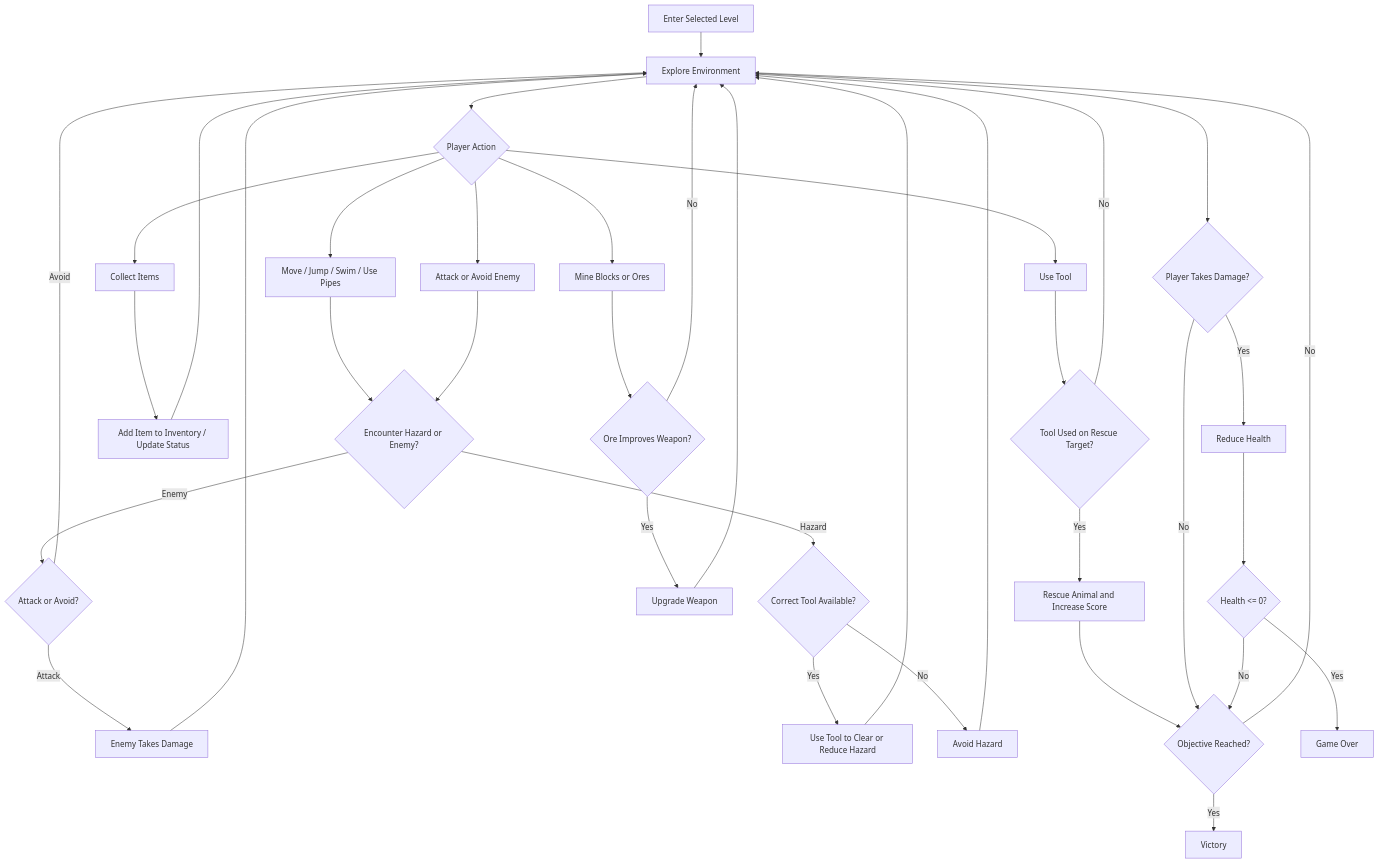
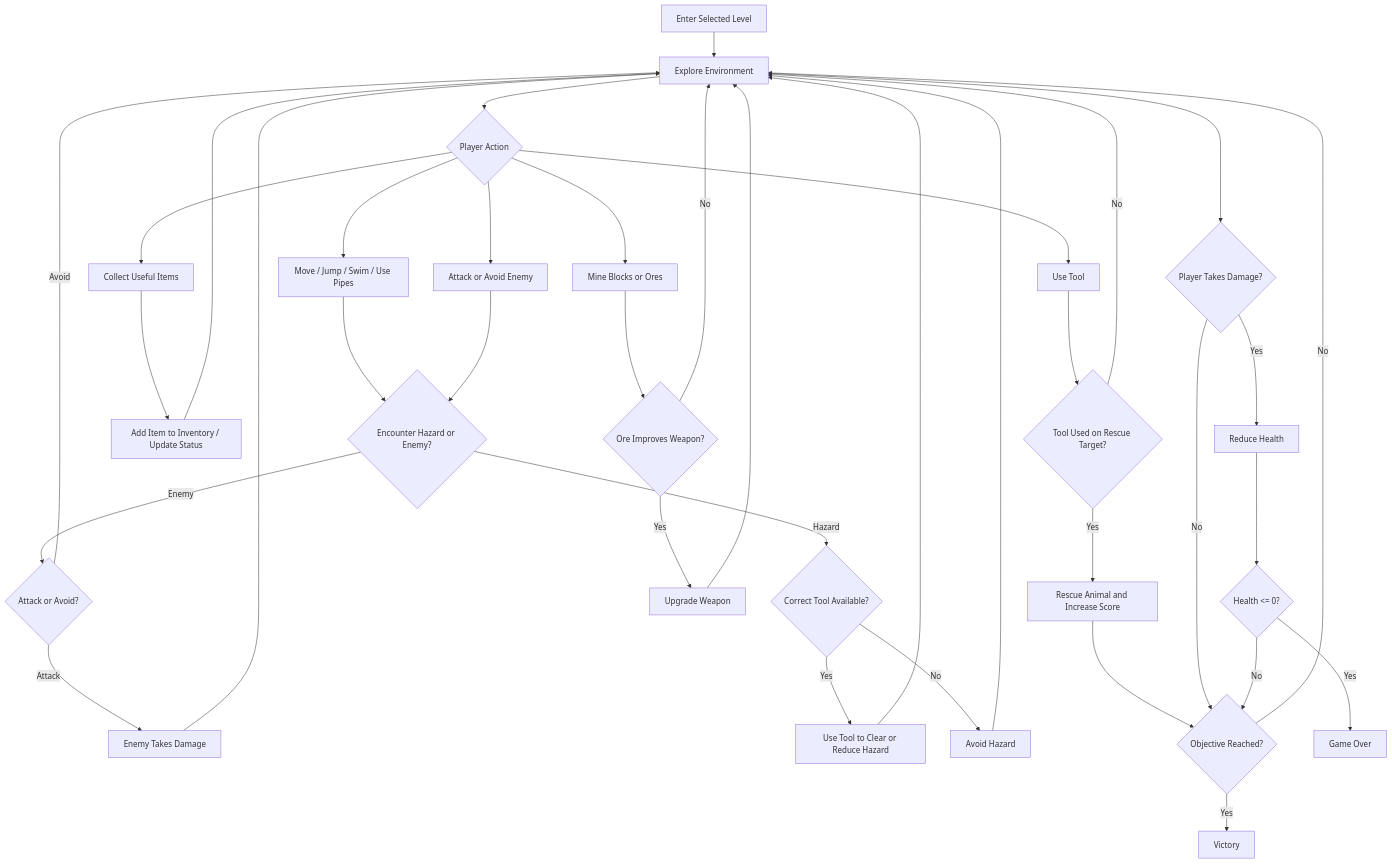
One commit to UoB-COMSM0166/2026-group-15 changed the third of 3 diagrams in README.md. Above: the diagram before and after it, drawn with Mermaid. The commit also changed other lines of this file and 9 other files, not shown here.

````diff
--- a/README.md
+++ b/README.md
@@ -589,48 +578,48 @@
 ```mermaid
 flowchart TD
     A[Enter Selected Level] --> B[Explore Environment]
 
     B --> C{Player Action}
     C --> C1[Move / Jump / Swim / Use Pipes]
-    C --> C2[Collect Items]
+    C --> C2[Collect Useful Items]
     C --> C3[Mine Blocks or Ores]
     C --> C4[Use Tool]
     C --> C5[Attack or Avoid Enemy]
 
     C1 --> D{Encounter Hazard or Enemy?}
     D -->|Enemy| E{Attack or Avoid?}
     E -->|Attack| F[Enemy Takes Damage]
     E -->|Avoid| B
     F --> B
 
     D -->|Hazard| G{Correct Tool Available?}
     G -->|Yes| H[Use Tool to Clear or Reduce Hazard]
     G -->|No| I[Avoid Hazard]
     H --> B
     I --> B
 
     C2 --> J[Add Item to Inventory / Update Status]
     J --> B
 
     C3 --> K{Ore Improves Weapon?}
     K -->|Yes| L[Upgrade Weapon]
     K -->|No| B
     L --> B
 
     C4 --> M{Tool Used on Rescue Target?}
     M -->|Yes| N[Rescue Animal and Increase Score]
     M -->|No| B
     N --> O{Objective Reached?}
 
     C5 --> D
 
     B --> P{Player Takes Damage?}
     P -->|Yes| Q[Reduce Health]
     P -->|No| O
     Q --> R{Health <= 0?}
     R -->|Yes| S[Game Over]
     R -->|No| O
 
     O -->|Yes| T[Victory]
     O -->|No| B
 ```
````
